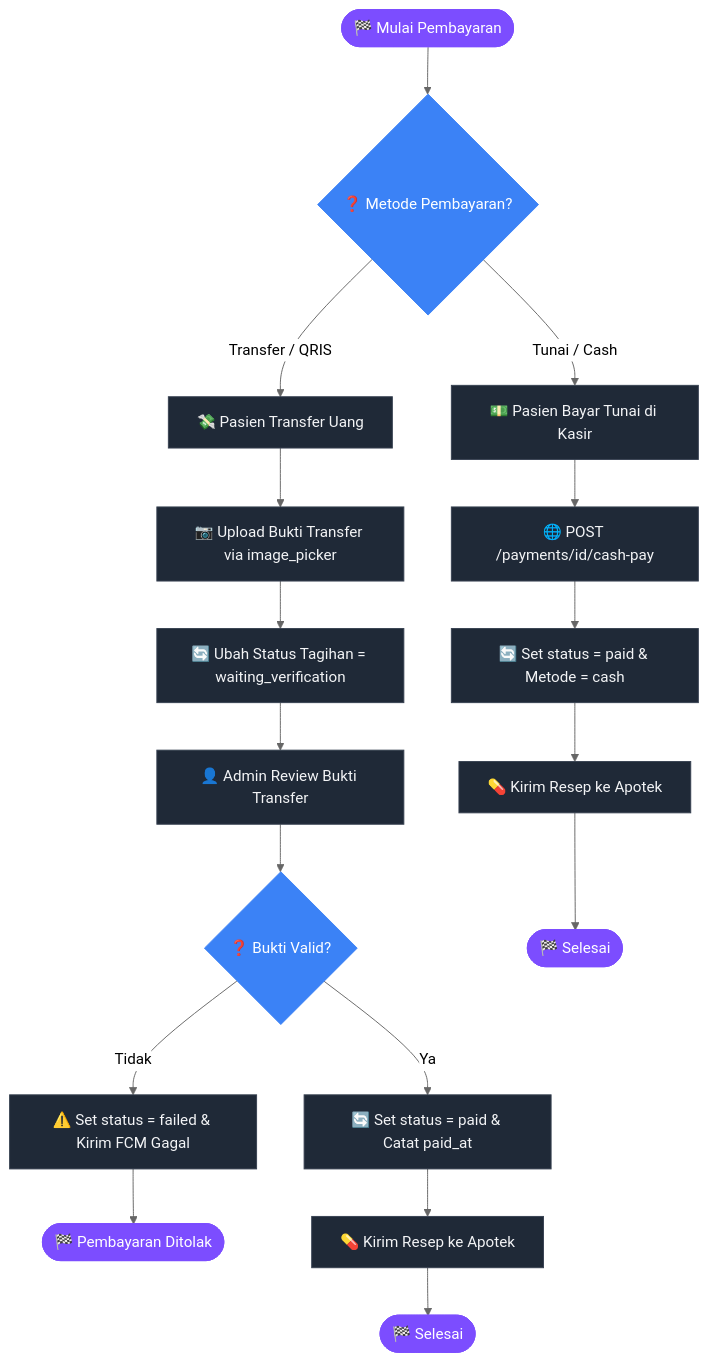
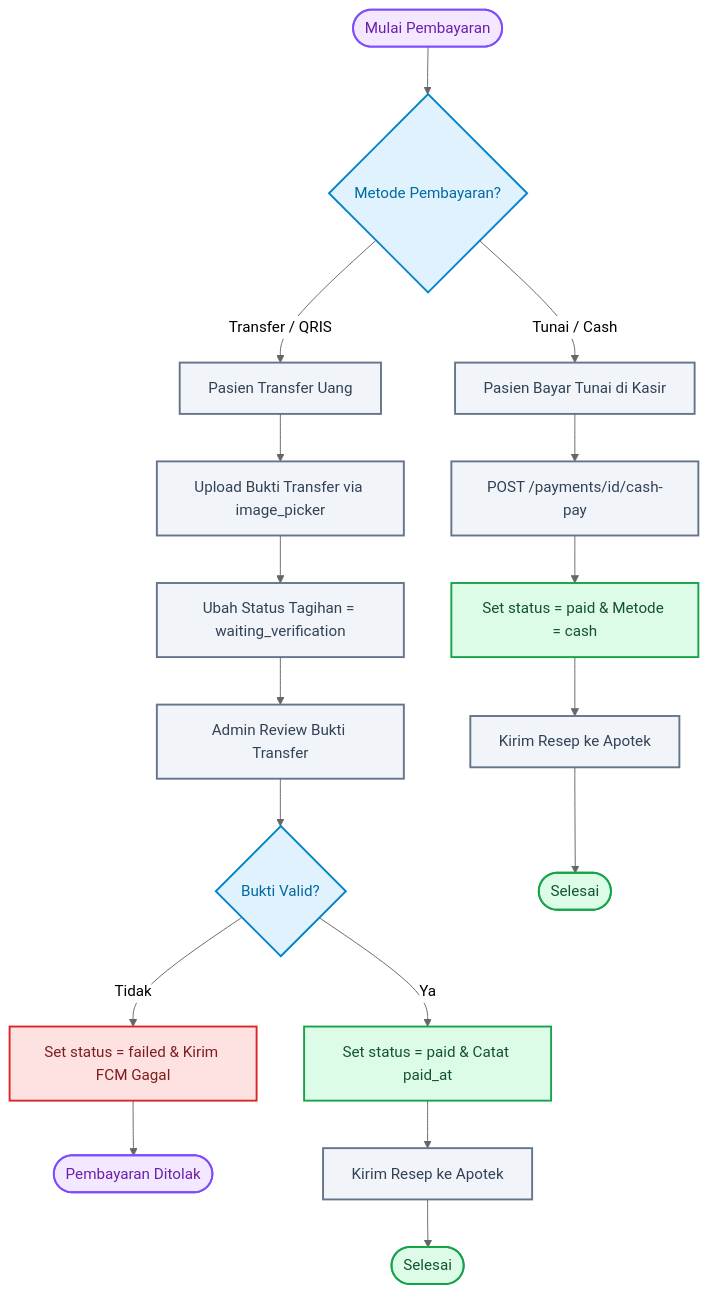
The eighth of 10 diagrams in dokumentasi/ALUR_BISNIS.md (Rezi14/NalaSeva-Mobile-Test), drawn with Mermaid (neutral theme) before and after one commit. The commit also changed other lines of this file and 1 other file, not shown here.

````diff
--- a/dokumentasi/ALUR_BISNIS.md
+++ b/dokumentasi/ALUR_BISNIS.md
@@ -303,21 +317,23 @@
 ```mermaid
 flowchart TD
-    classDef default fill:#1f2937,stroke:#374151,stroke-width:1px,color:#f3f4f6;
-    classDef startEnd fill:#7c4dff,stroke:#7c4dff,color:#fff;
-    classDef decision fill:#3b82f6,stroke:#3b82f6,color:#fff;
+    classDef startEnd fill:#f3e8ff,stroke:#7c4dff,stroke-width:2px,color:#6b21a8;
+    classDef decision fill:#e0f2fe,stroke:#0284c7,stroke-width:2px,color:#0369a1;
+    classDef process fill:#f1f5f9,stroke:#64748b,stroke-width:2px,color:#334155;
+    classDef success fill:#dcfce7,stroke:#16a34a,stroke-width:2px,color:#14532d;
+    classDef fail fill:#fee2e2,stroke:#dc2626,stroke-width:2px,color:#7f1d1d;
 
-    Start([🏁 Mulai Pembayaran]):::startEnd --> Method{❓ Metode Pembayaran?}:::decision
+    Start([Mulai Pembayaran]):::startEnd --> Method{Metode Pembayaran?}:::decision
     
-    Method -- Transfer / QRIS --> Transfer[💸 Pasien Transfer Uang]
-    Transfer --> Upload[📷 Upload Bukti Transfer via image_picker]
-    Upload --> Waiting[🔄 Ubah Status Tagihan = waiting_verification]
-    Waiting --> Review[👤 Admin Review Bukti Transfer]
-    Review --> Valid{❓ Bukti Valid?}:::decision
+    Method -- Transfer / QRIS --> Transfer[Pasien Transfer Uang]:::process
+    Transfer --> Upload[Upload Bukti Transfer via image_picker]:::process
+    Upload --> Waiting[Ubah Status Tagihan = waiting_verification]:::process
+    Waiting --> Review[Admin Review Bukti Transfer]:::process
+    Review --> Valid{Bukti Valid?}:::decision
     
-    Valid -- Tidak --> Reject[⚠️ Set status = failed & Kirim FCM Gagal] --> EndFail([🏁 Pembayaran Ditolak]):::startEnd
-    Valid -- Ya --> Approve[🔄 Set status = paid & Catat paid_at] --> SendRx1[💊 Kirim Resep ke Apotek] --> Done1([🏁 Selesai]):::startEnd
+    Valid -- Tidak --> Reject[Set status = failed & Kirim FCM Gagal]:::fail --> EndFail([Pembayaran Ditolak]):::startEnd
+    Valid -- Ya --> Approve[Set status = paid & Catat paid_at]:::success --> SendRx1[Kirim Resep ke Apotek]:::process --> Done1([Selesai]):::success
     
-    Method -- Tunai / Cash --> Cash[💵 Pasien Bayar Tunai di Kasir]
-    Cash --> CashAPI[🌐 POST /payments/id/cash-pay]
-    CashAPI --> Paid[🔄 Set status = paid & Metode = cash] --> SendRx2[💊 Kirim Resep ke Apotek] --> Done2([🏁 Selesai]):::startEnd
+    Method -- Tunai / Cash --> Cash[Pasien Bayar Tunai di Kasir]:::process
+    Cash --> CashAPI[POST /payments/id/cash-pay]:::process
+    CashAPI --> Paid[Set status = paid & Metode = cash]:::success --> SendRx2[Kirim Resep ke Apotek]:::process --> Done2([Selesai]):::success
 ```
````
